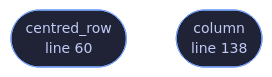
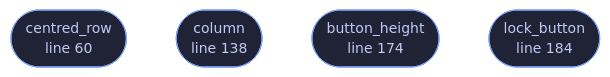
Before and after one commit to tilas01/veilvoice: the diagram in docs/files/veilvoice-gui/layout.md, drawn with Mermaid. The commit also changed other lines of this file and 42 other files, not shown here.

````diff
--- a/docs/files/veilvoice-gui/layout.md
+++ b/docs/files/veilvoice-gui/layout.md
@@ -100,10 +102,14 @@
 ```mermaid
 %%{init: {"theme":"base","themeVariables":{"background":"#1a1b26","primaryColor":"#1f2335","primaryTextColor":"#c0caf5","primaryBorderColor":"#7aa2f7","secondaryColor":"#16161e","tertiaryColor":"#16161e","lineColor":"#737aa2","textColor":"#c0caf5","mainBkg":"#1f2335","nodeBorder":"#7aa2f7","clusterBkg":"#16161e","clusterBorder":"#2f3549","fontFamily":"ui-monospace, SFMono-Regular, Consolas, monospace","fontSize":"14px"}}}%%
 flowchart TD
     n_centred_row(["centred_row<br/>line 60"])
     n_column(["column<br/>line 138"])
+    n_button_height(["button_height<br/>line 174"])
+    n_lock_button(["lock_button<br/>line 184"])
     click n_centred_row href "https://github.com/tilas01/veilvoice/blob/main/crates/veilvoice-gui/src/layout.rs#L60" "open the source"
     click n_column href "https://github.com/tilas01/veilvoice/blob/main/crates/veilvoice-gui/src/layout.rs#L138" "open the source"
+    click n_button_height href "https://github.com/tilas01/veilvoice/blob/main/crates/veilvoice-gui/src/layout.rs#L174" "open the source"
+    click n_lock_button href "https://github.com/tilas01/veilvoice/blob/main/crates/veilvoice-gui/src/layout.rs#L184" "open the source"
     classDef entry fill:#1f2335,stroke:#7aa2f7,color:#c0caf5
-    class n_centred_row,n_column entry
+    class n_centred_row,n_column,n_button_height,n_lock_button entry
 ```
````
